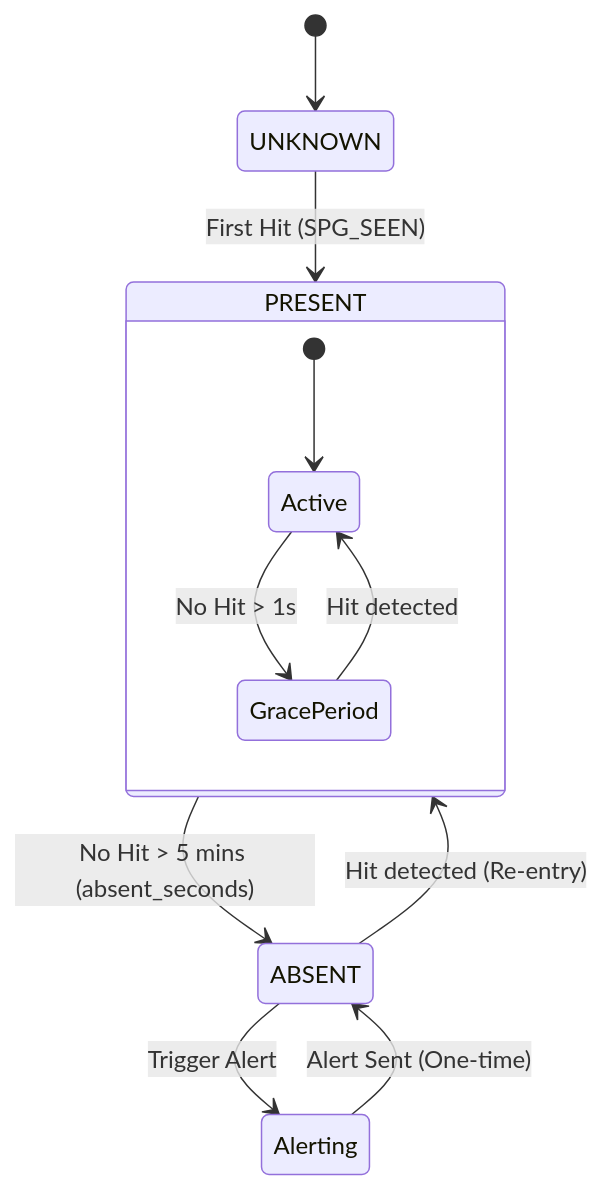
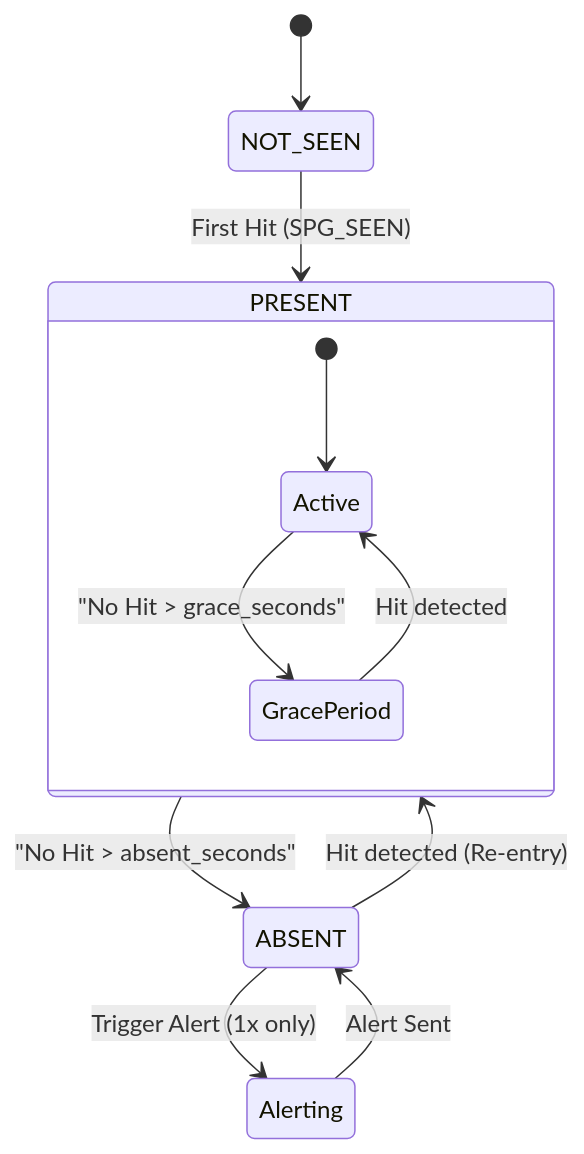
The fourth of 5 diagrams in docs/05-system-flow.md (Nanaacaw/face_recognition-), drawn with Mermaid before and after one commit. The commit also changed other lines of this file and 3 other files, not shown here.

````diff
--- a/docs/05-system-flow.md
+++ b/docs/05-system-flow.md
@@ -72,19 +144,19 @@
 ```mermaid
 stateDiagram-v2
-    [*] --> UNKNOWN
+    [*] --> NOT_SEEN
     
-    UNKNOWN --> PRESENT : First Hit (SPG_SEEN)
+    NOT_SEEN --> PRESENT : First Hit (SPG_SEEN)
     
     state PRESENT {
         [*] --> Active
-        Active --> GracePeriod : No Hit > 1s
+        Active --> GracePeriod : "No Hit > grace_seconds"
         GracePeriod --> Active : Hit detected
     }
     
-    PRESENT --> ABSENT : No Hit > 5 mins (absent_seconds)
+    PRESENT --> ABSENT : "No Hit > absent_seconds"
     
-    ABSENT --> Alerting : Trigger Alert
-    Alerting --> ABSENT : Alert Sent (One-time)
+    ABSENT --> Alerting : Trigger Alert (1x only)
+    Alerting --> ABSENT : Alert Sent
     
     ABSENT --> PRESENT : Hit detected (Re-entry)
 ```
````
